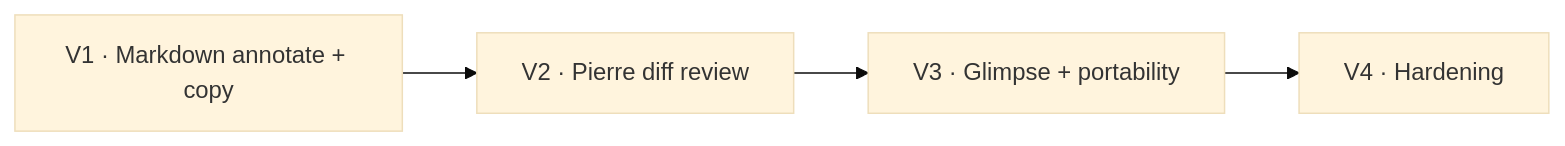
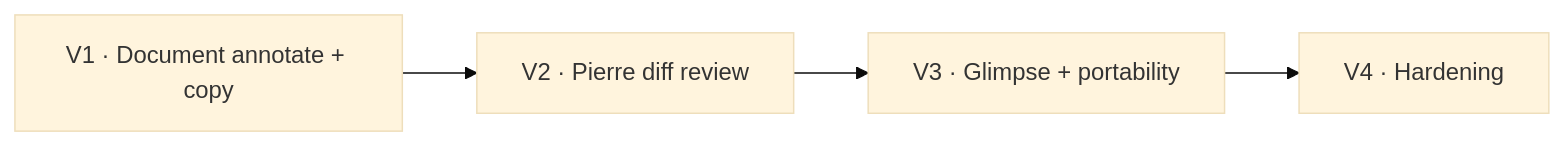
Before and after one commit to Yeshwanthyk/agent-skills: the diagram in docs/embedded-review-slices.md, drawn with Mermaid (base theme). The commit also changed other lines of this file and 28 other files, not shown here.

````diff
--- a/docs/embedded-review-slices.md
+++ b/docs/embedded-review-slices.md
@@ -48,6 +48,6 @@
 ```mermaid
 flowchart LR
-  V1["V1 · Markdown annotate + copy"] --> V2["V2 · Pierre diff review"]
+  V1["V1 · Document annotate + copy"] --> V2["V2 · Pierre diff review"]
   V2 --> V3["V3 · Glimpse + portability"]
   V3 --> V4["V4 · Hardening"]
 ```
````
